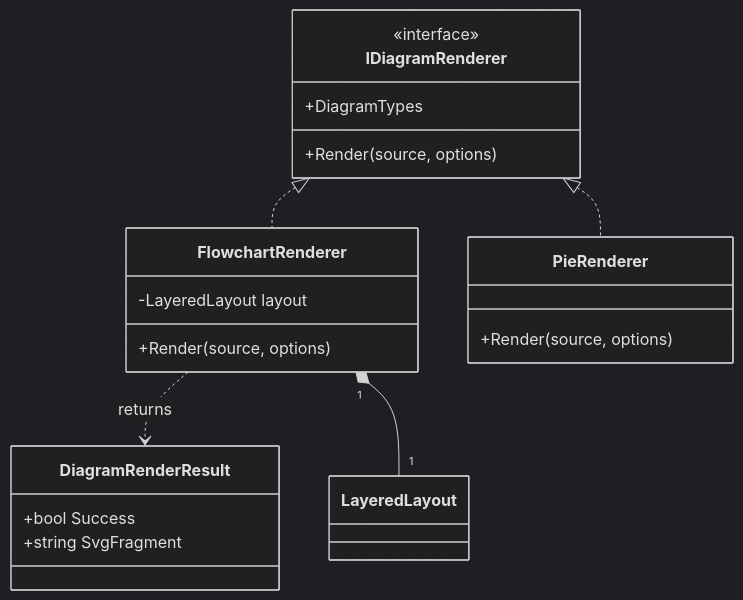
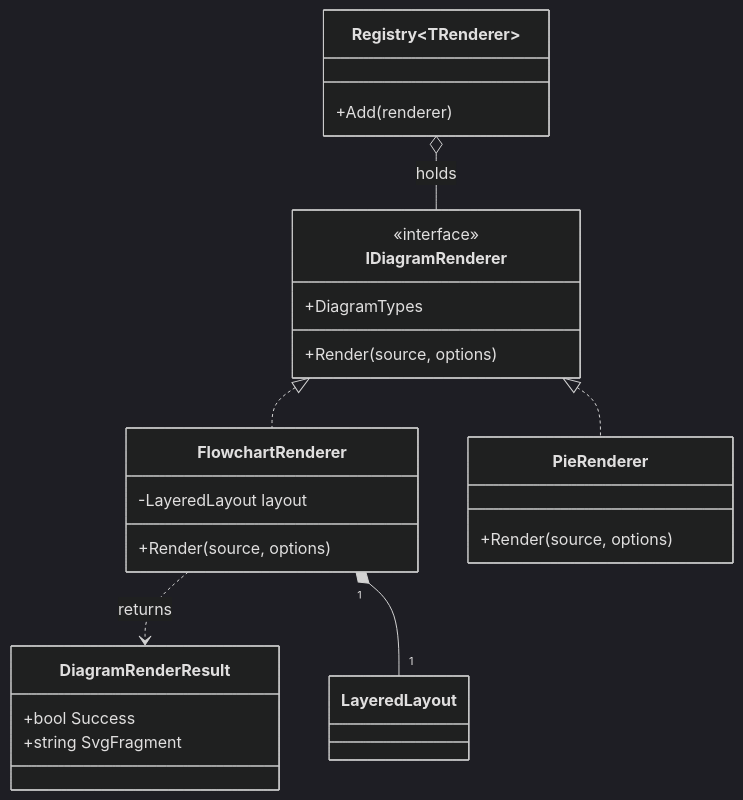
Before and after one commit to ericman2001/MarkdownDotNetRenderer: the third of 5 diagrams in samples/diagram-gallery.md, drawn with Mermaid (dark theme). The commit also changed 21 other files, not shown here.

Commit message:
Fix class generics and preserve ER glyphs and gantt crit outlines in ODT

````diff
--- a/samples/diagram-gallery.md
+++ b/samples/diagram-gallery.md
@@ -35,24 +35,28 @@
 ```mermaid
 classDiagram
     direction TD
     class IDiagramRenderer {
         <<interface>>
         +DiagramTypes
         +Render(source, options)
     }
     class FlowchartRenderer {
         -LayeredLayout layout
         +Render(source, options)
     }
     class PieRenderer {
         +Render(source, options)
     }
     class DiagramRenderResult {
         +bool Success
         +string SvgFragment
     }
+    class Registry~TRenderer~ {
+        +Add(renderer)
+    }
+    Registry o-- IDiagramRenderer : holds
     IDiagramRenderer <|.. FlowchartRenderer
     IDiagramRenderer <|.. PieRenderer
     FlowchartRenderer ..> DiagramRenderResult : returns
     FlowchartRenderer "1" *-- "1" LayeredLayout
 ```
````
